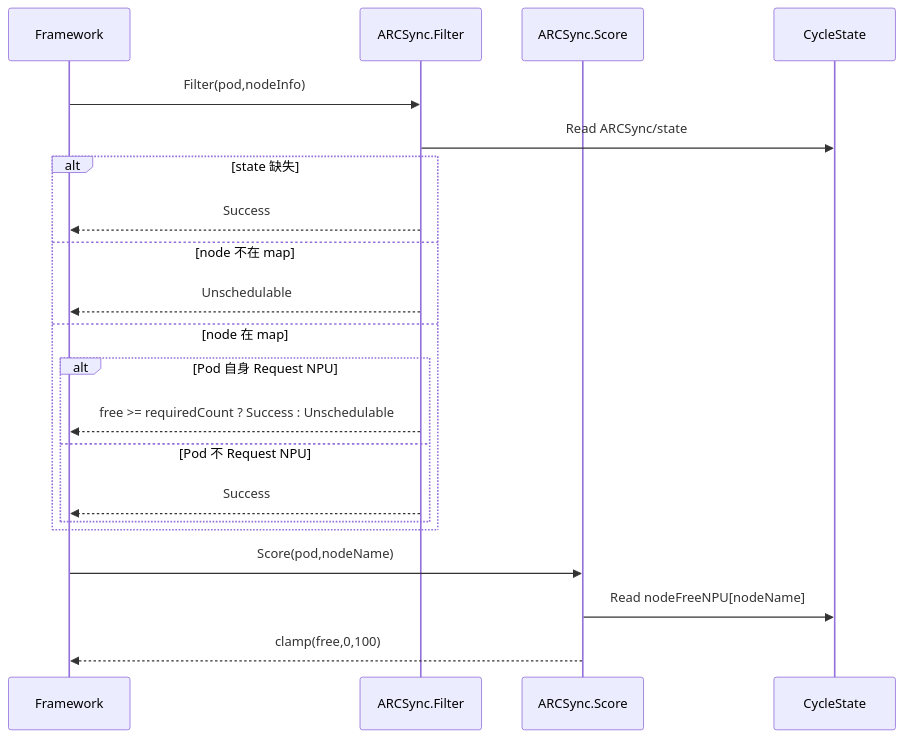
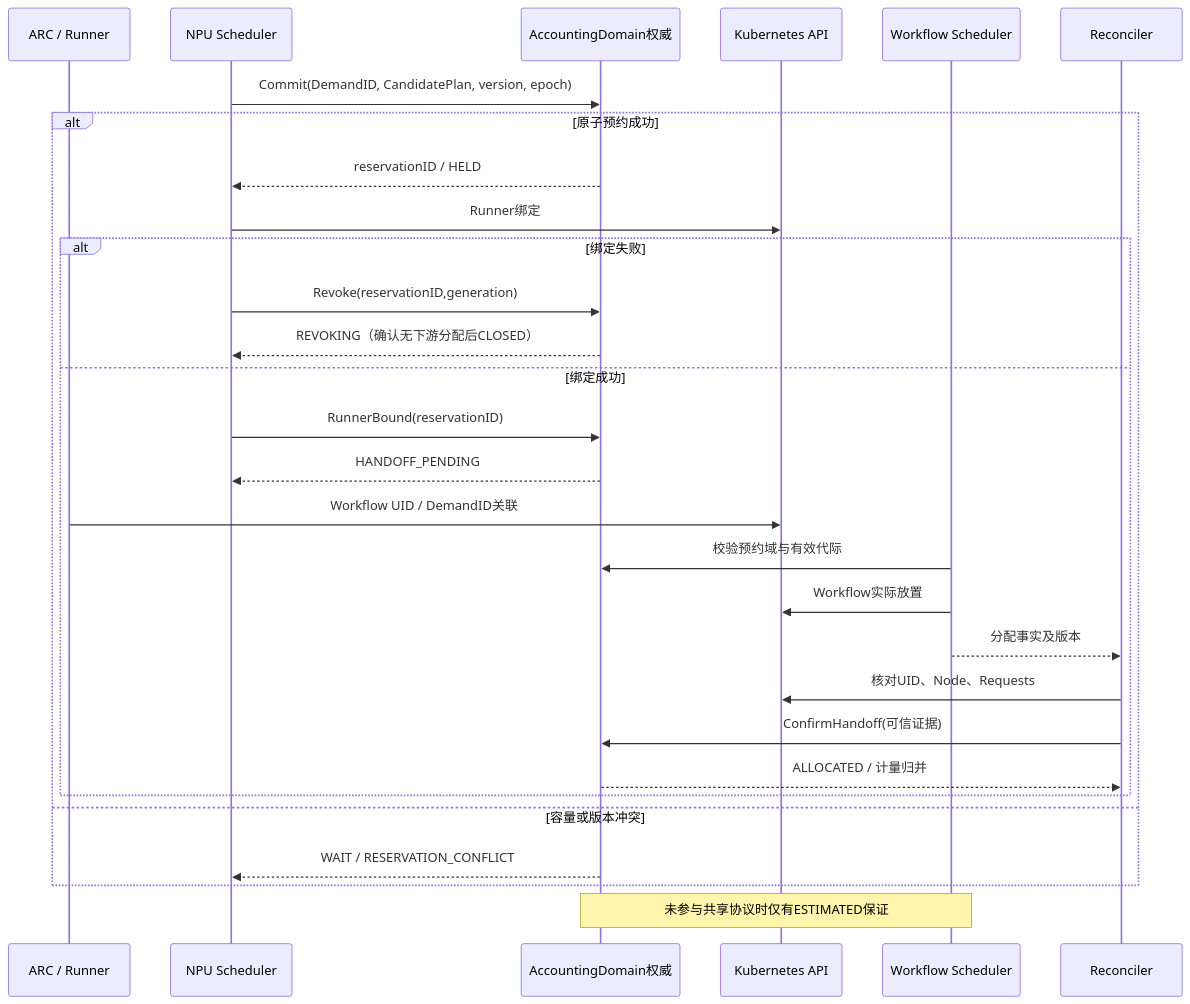
Before and after one commit to ascend-gha-runners/scheduler-plugins: the fifth of 9 diagrams in docs/system-design.md, drawn with Mermaid. The commit also changed other lines of this file, not shown here.

First line of the commit message:
docs: target-state ARC NPU scheduler architecture and DFX design

````diff
--- a/docs/system-design.md
+++ b/docs/system-design.md
@@ -1216,23 +476,31 @@
-```mermaid
+~~~mermaid
 sequenceDiagram
-  participant FW as Framework
-  participant F as ARCSync.Filter
-  participant S as ARCSync.Score
-  participant C as CycleState
-  FW->>F: Filter(pod,nodeInfo)
-  F->>C: Read ARCSync/state
-  alt state 缺失
-    F-->>FW: Success
-  else node 不在 map
-    F-->>FW: Unschedulable
-  else node 在 map
-    alt Pod 自身 Request NPU
-      F-->>FW: free >= requiredCount ? Success : Unschedulable
-    else Pod 不 Request NPU
-      F-->>FW: Success
+  participant A as ARC / Runner
+  participant S as NPU Scheduler
+  participant L as AccountingDomain权威
+  participant K as Kubernetes API
+  participant W as Workflow Scheduler
+  participant R as Reconciler
+  S->>L: Commit(DemandID, CandidatePlan, version, epoch)
+  alt 原子预约成功
+    L-->>S: reservationID / HELD
+    S->>K: Runner绑定
+    alt 绑定失败
+      S->>L: Revoke(reservationID,generation)
+      L-->>S: REVOKING（确认无下游分配后CLOSED）
+    else 绑定成功
+      S->>L: RunnerBound(reservationID)
+      L-->>S: HANDOFF_PENDING
+      A->>K: Workflow UID / DemandID关联
+      W->>L: 校验预约域与有效代际
+      W->>K: Workflow实际放置
+      W-->>R: 分配事实及版本
+      R->>K: 核对UID、Node、Requests
+      R->>L: ConfirmHandoff(可信证据)
+      L-->>R: ALLOCATED / 计量归并
     end
+  else 容量或版本冲突
+    L-->>S: WAIT / RESERVATION_CONFLICT
   end
-  FW->>S: Score(pod,nodeName)
-  S->>C: Read nodeFreeNPU[nodeName]
-  S-->>FW: clamp(free,0,100)
-```
+  Note over W,L: 未参与共享协议时仅有ESTIMATED保证
+~~~
````
